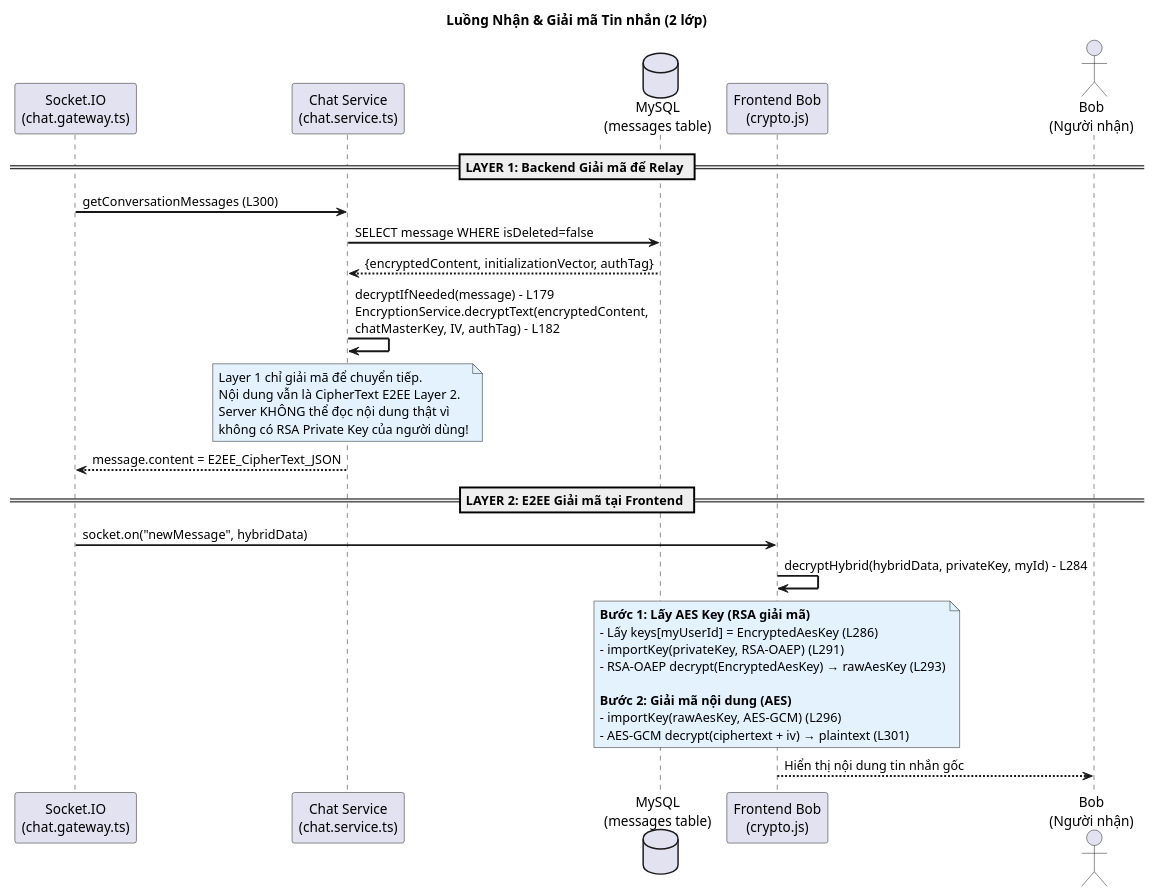
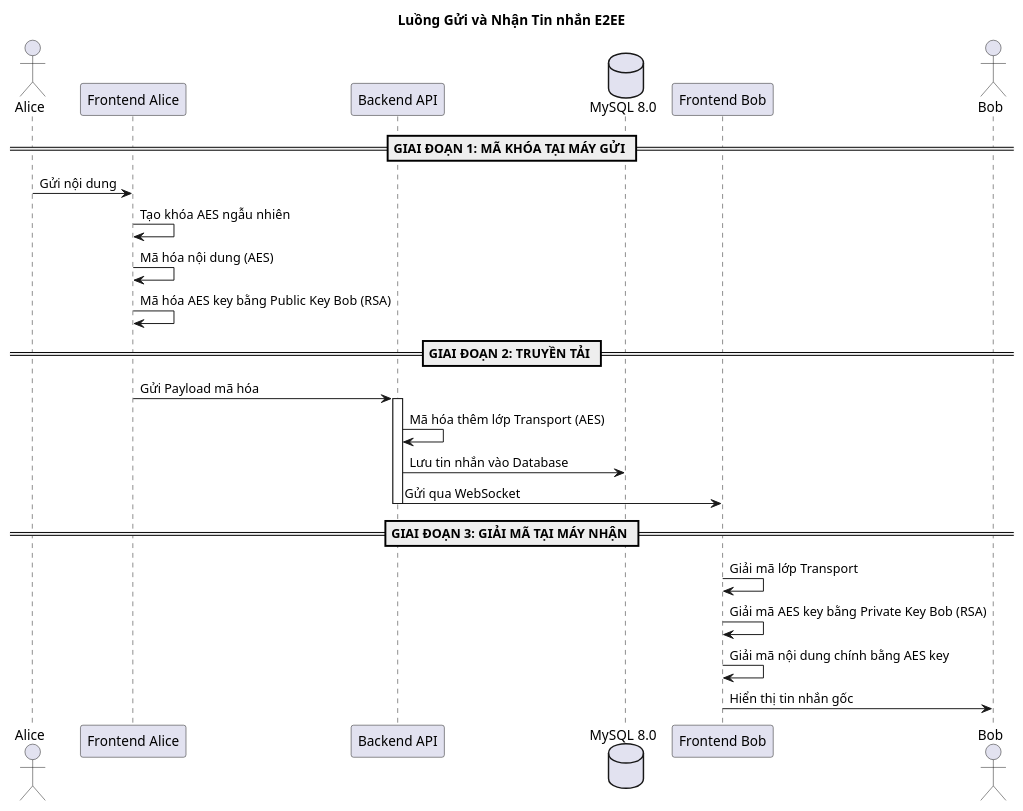
Before and after one commit to Wendy84205/K-T-T01: the second of 2 diagrams in docs/E2EE_MESSAGE_FLOW.md, drawn with PlantUML. The commit also changed other lines of this file and 9 other files, not shown here.

Commit message:
Update documents and fix E2EE UML diagrams

````diff
--- a/docs/E2EE_MESSAGE_FLOW.md
+++ b/docs/E2EE_MESSAGE_FLOW.md
@@ -125,50 +49,36 @@
 ```plantuml
 @startuml
-skinparam NoteBackgroundColor #e3f2fd
-skinparam handwritten false
-skinparam sequenceArrowThickness 2
+title "Luồng Gửi và Nhận Tin nhắn E2EE"
 
-title Luồng Nhận & Giải mã Tin nhắn (2 lớp)
+actor "Alice" as Alice
+participant "Frontend Alice" as FE_A
+participant "Backend API" as API
+database "MySQL 8.0" as DB
+participant "Frontend Bob" as FE_B
+actor "Bob" as Bob
 
-participant "Socket.IO\n(chat.gateway.ts)" as Socket
-participant "Chat Service\n(chat.service.ts)" as SVC
-database "MySQL\n(messages table)" as DB
-participant "Frontend Bob\n(crypto.js)" as Crypto
-actor "Bob\n(Người nhận)" as Bob
+== GIAI ĐOẠN 1: MÃ KHÓA TẠI MÁY GỬI ==
 
-== LAYER 1: Backend Giải mã để Relay ==
+Alice -> FE_A : Gửi nội dung
+FE_A -> FE_A : Tạo khóa AES ngẫu nhiên
+FE_A -> FE_A : Mã hóa nội dung (AES)
+FE_A -> FE_A : Mã hóa AES key bằng Public Key Bob (RSA)
 
-Socket -> SVC: getConversationMessages (L300)
-SVC -> DB: SELECT message WHERE isDeleted=false
-DB --> SVC: {encryptedContent, initializationVector, authTag}
-SVC -> SVC: decryptIfNeeded(message) - L179\nEncryptionService.decryptText(encryptedContent,\nchatMasterKey, IV, authTag) - L182
+== GIAI ĐOẠN 2: TRUYỀN TẢI ==
 
-note over SVC
-  Layer 1 chỉ giải mã để chuyển tiếp.
-  Nội dung vẫn là CipherText E2EE Layer 2.
-  Server KHÔNG thể đọc nội dung thật vì
-  không có RSA Private Key của người dùng!
-end note
+FE_A -> API : Gửi Payload mã hóa
+activate API
+API -> API : Mã hóa thêm lớp Transport (AES)
+API -> DB : Lưu tin nhắn vào Database
+API -> FE_B : Gửi qua WebSocket
+deactivate API
 
-SVC --> Socket: message.content = E2EE_CipherText_JSON
+== GIAI ĐOẠN 3: GIẢI MÃ TẠI MÁY NHẬN ==
 
-== LAYER 2: E2EE Giải mã tại Frontend ==
-
-Socket -> Crypto: socket.on("newMessage", hybridData) 
-Crypto -> Crypto: decryptHybrid(hybridData, privateKey, myId) - L284
-
-note over Crypto
-  **Bước 1: Lấy AES Key (RSA giải mã)**
-  - Lấy keys[myUserId] = EncryptedAesKey (L286)
-  - importKey(privateKey, RSA-OAEP) (L291)
-  - RSA-OAEP decrypt(EncryptedAesKey) → rawAesKey (L293)
-  
-  **Bước 2: Giải mã nội dung (AES)**
-  - importKey(rawAesKey, AES-GCM) (L296)
-  - AES-GCM decrypt(ciphertext + iv) → plaintext (L301)
-end note
-
-Crypto --> Bob: Hiển thị nội dung tin nhắn gốc
+FE_B -> FE_B : Giải mã lớp Transport
+FE_B -> FE_B : Giải mã AES key bằng Private Key Bob (RSA)
+FE_B -> FE_B : Giải mã nội dung chính bằng AES key
+FE_B -> Bob : Hiển thị tin nhắn gốc
 
 @enduml
 ```
````
